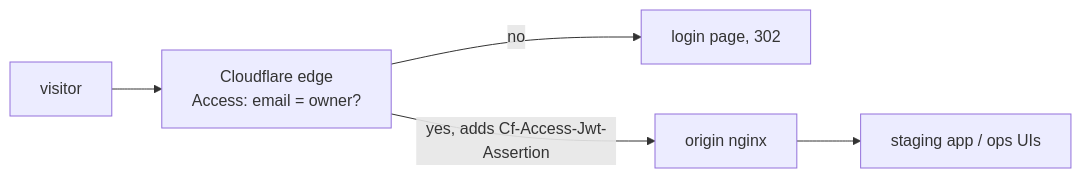
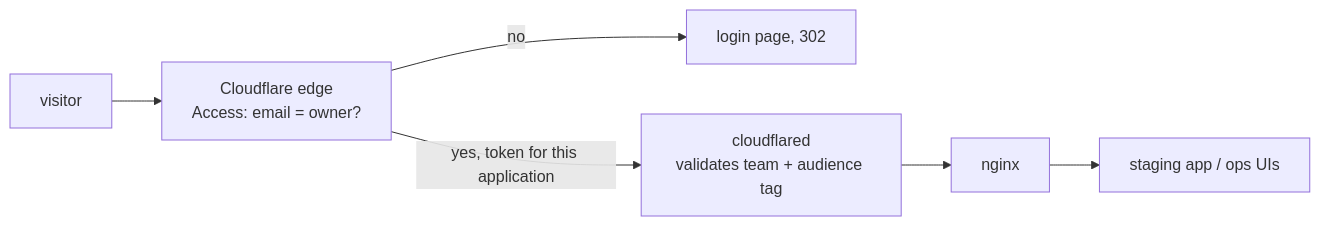
Before and after one commit to tareq89/biddaloy: the second of 3 diagrams in docs/architecture/25-cloudflare.md, drawn with Mermaid. The commit also changed other lines of this file and 9 other files, not shown here.

````diff
--- a/docs/architecture/25-cloudflare.md
+++ b/docs/architecture/25-cloudflare.md
@@ -104,6 +110,6 @@
 ```mermaid
 flowchart LR
   U[visitor] --> CF["Cloudflare edge<br/>Access: email = owner?"]
   CF -->|no| L[login page, 302]
-  CF -->|yes, adds Cf-Access-Jwt-Assertion| N[origin nginx] --> A[staging app / ops UIs]
+  CF -->|"yes, token for this application"| CD["cloudflared<br/>validates team + audience tag"] --> N[nginx] --> A[staging app / ops UIs]
 ```
````
